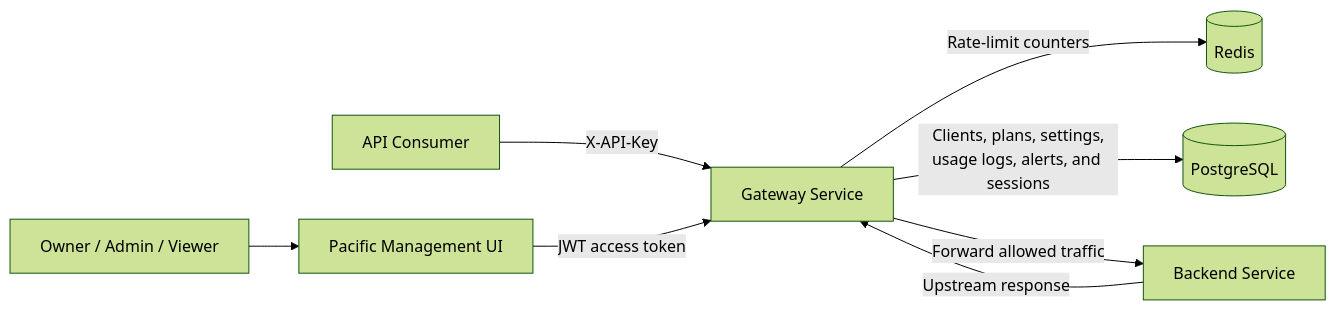
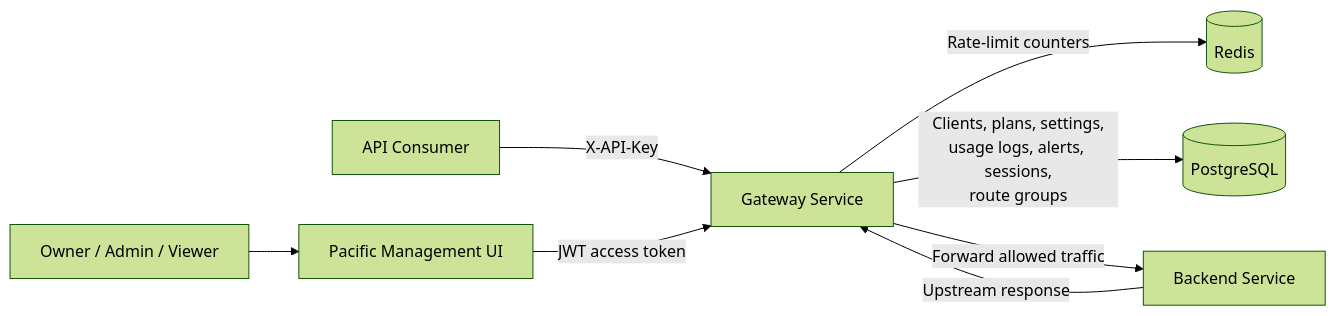
One commit to pchak00/smart-api-gateway changed the first of 4 diagrams in README.md. Above: the diagram before and after it, drawn with Mermaid (forest theme). The commit also changed other lines of this file, not shown here.

Commit message:
docs: update README architecture flows

````diff
--- a/README.md
+++ b/README.md
@@ -60,12 +55,12 @@
 ```mermaid
 flowchart LR
     Consumer[API Consumer] -->|X-API-Key| Gateway[Gateway Service]
 
     Operator[Owner / Admin / Viewer] --> UI[Pacific Management UI]
     UI -->|JWT access token| Gateway
 
     Gateway -->|Rate-limit counters| Redis[(Redis)]
-    Gateway -->|Clients, plans, settings,<br/>usage logs, alerts, and sessions| PostgreSQL[(PostgreSQL)]
+    Gateway -->|Clients, plans, settings,<br/>usage logs, alerts, sessions,<br/>route groups| PostgreSQL[(PostgreSQL)]
     Gateway -->|Forward allowed traffic| Backend[Backend Service]
     Backend -->|Upstream response| Gateway
 ```
````
